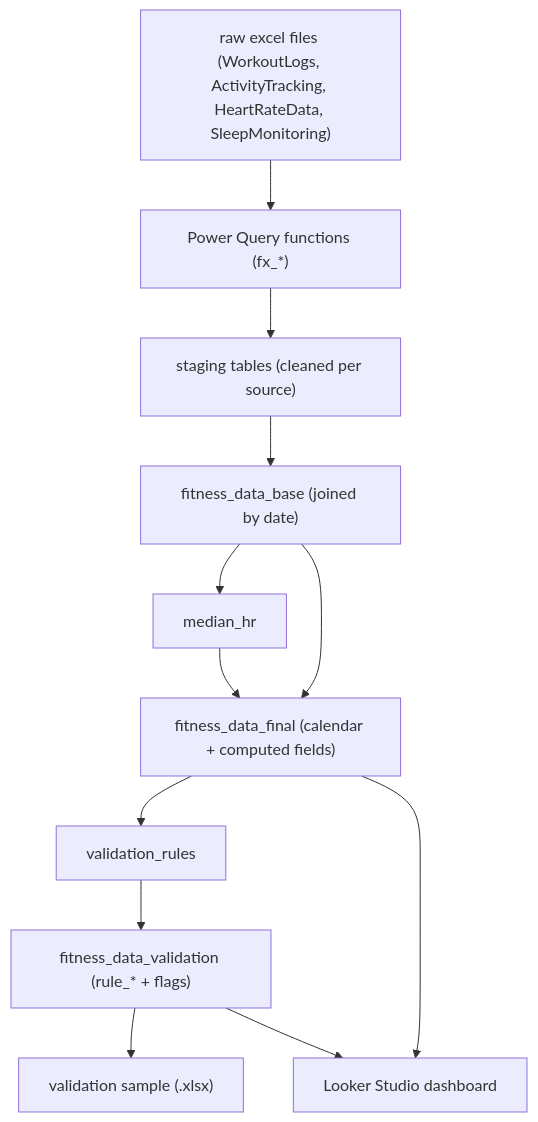
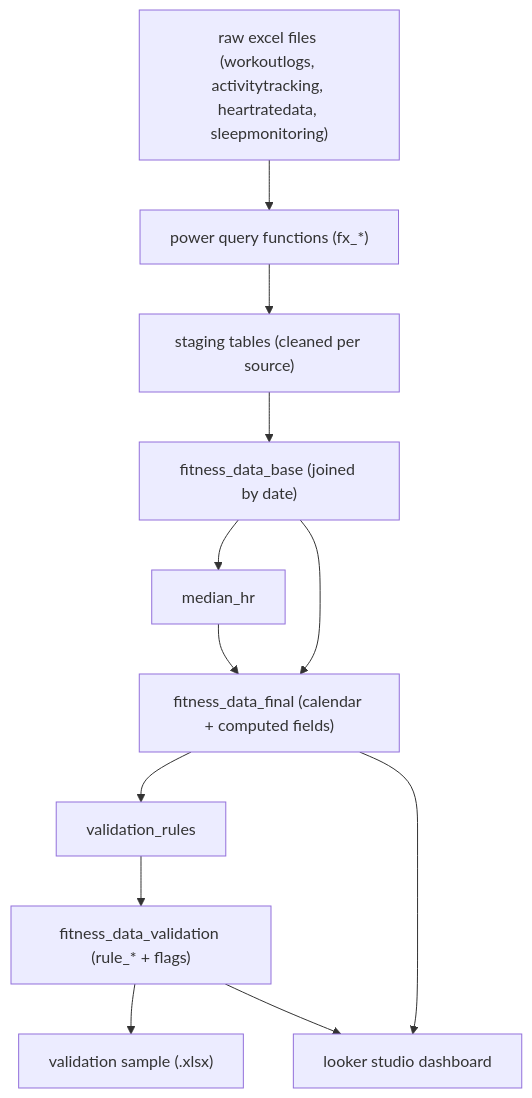
The diagram in README.md (moniburnejko/fitness-analytics-dashboard), drawn with Mermaid before and after one commit. The commit also changed other lines of this file, not shown here.

````diff
--- a/README.md
+++ b/README.md
@@ -105,22 +106,22 @@
 ```mermaid
 graph TD
-  A["raw excel files (WorkoutLogs, ActivityTracking, HeartRateData, SleepMonitoring)"]
-  B["Power Query functions (fx_*)"]
+  A["raw excel files (workoutlogs, activitytracking, heartratedata, sleepmonitoring)"]
+  B["power query functions (fx_*)"]
   C["staging tables (cleaned per source)"]
   D["fitness_data_base (joined by date)"]
   E["median_hr"]
   F["fitness_data_final (calendar + computed fields)"]
   G["validation_rules"]
   H["fitness_data_validation (rule_* + flags)"]
   I["validation sample (.xlsx)"]
-  J["Looker Studio dashboard"]
+  J["looker studio dashboard"]
 
   A --> B --> C --> D
   D --> E
   D --> F
   E --> F
   F --> G --> H
   H --> I
   F --> J
   H --> J
 ```
````
